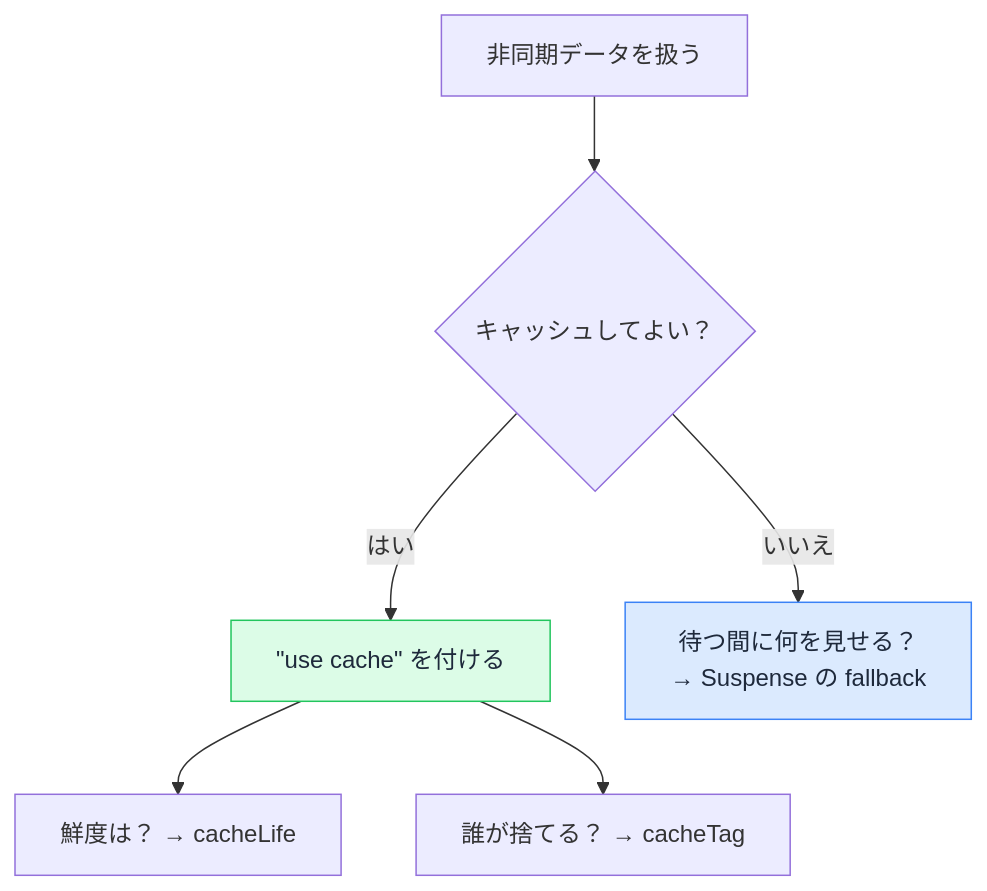
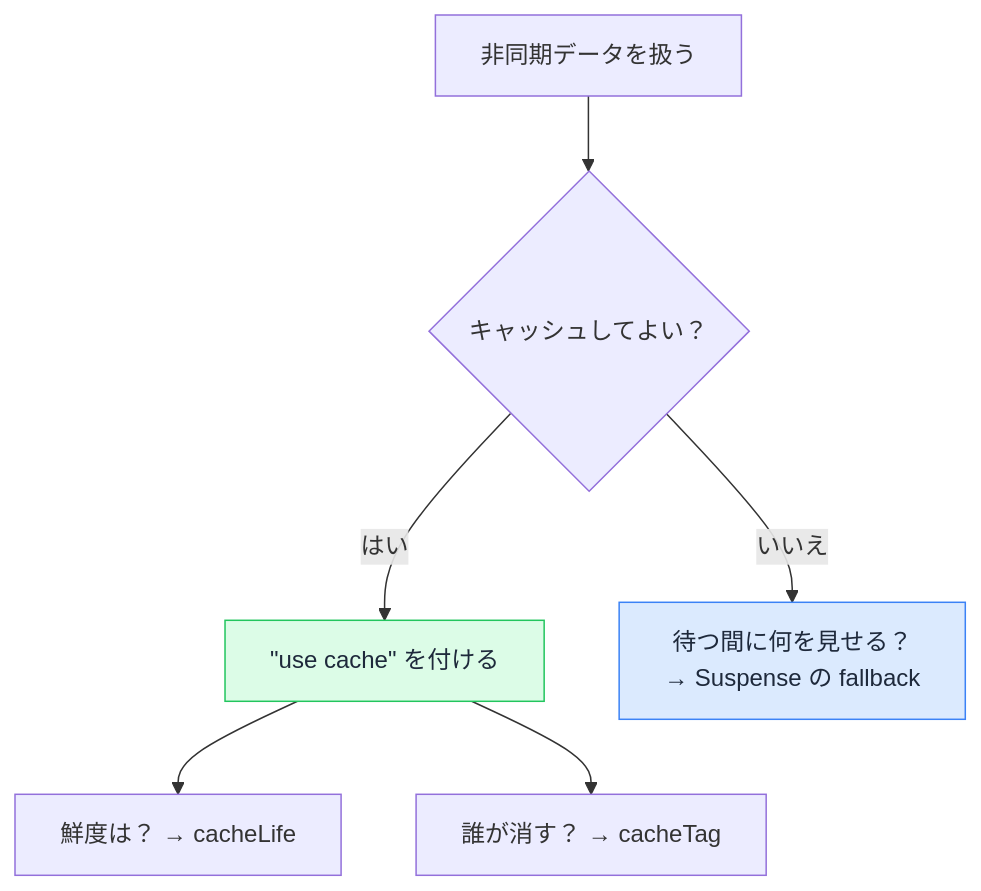
Before and after one commit to ozaki25/web-front-training-ozaki25: the diagram in docs/drafts/038/index.md, drawn with Mermaid. The commit also changed other lines of this file and 4 other files, not shown here.

````diff
--- a/docs/drafts/038/index.md
+++ b/docs/drafts/038/index.md
@@ -135,10 +135,10 @@
 ```mermaid
 flowchart TD
   D["非同期データを扱う"] --> Q1{"キャッシュしてよい？"}
   Q1 -->|"はい"| UC["&quot;use cache&quot; を付ける"]
   UC --> Q2["鮮度は？ → cacheLife"]
-  UC --> Q3["誰が捨てる？ → cacheTag"]
+  UC --> Q3["誰が消す？ → cacheTag"]
   Q1 -->|"いいえ"| Q4["待つ間に何を見せる？<br>→ Suspense の fallback"]
   style UC fill:#dcfce7,color:#1e293b,stroke:#22c55e
   style Q4 fill:#dbeafe,color:#1e293b,stroke:#3b82f6
 ```
````
